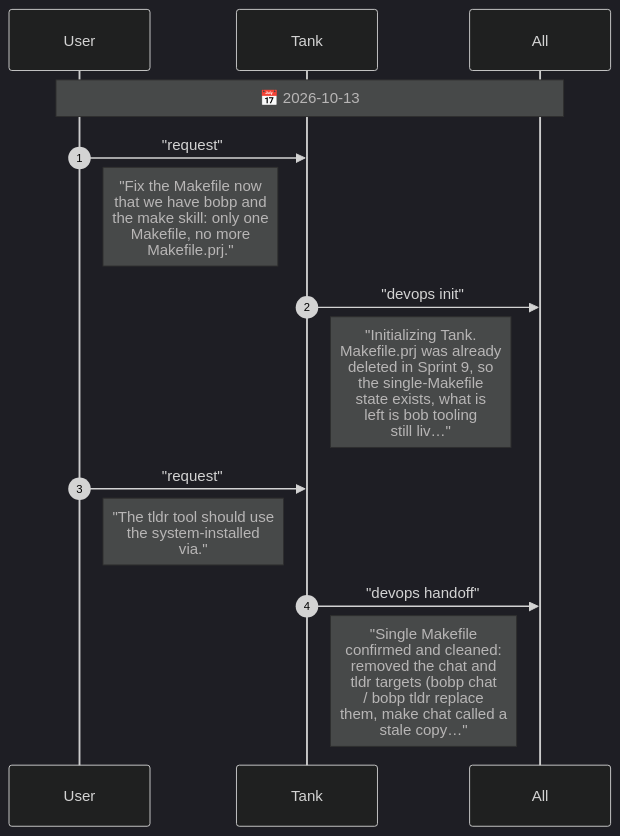
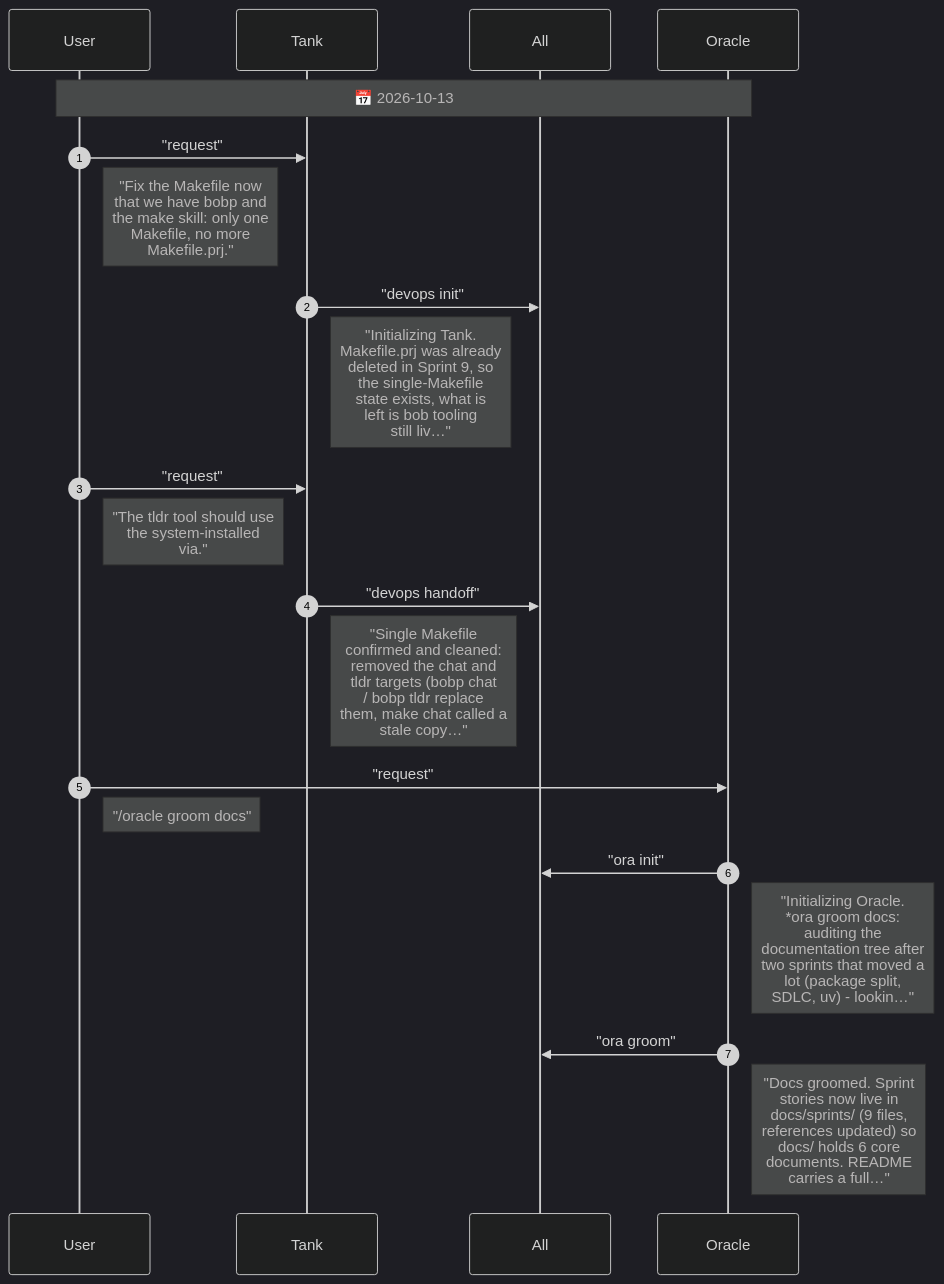
Before and after one commit to drusifer/fingerling: the diagram in agents/CHAT.diagram.md, drawn with Mermaid (dark theme). The commit also changed 33 other files, not shown here.

First line of the commit message:
docs: groom the documentation tree

````diff
--- a/agents/CHAT.diagram.md
+++ b/agents/CHAT.diagram.md
@@ -5,17 +5,24 @@
 ```mermaid
 %%{init: {"sequence": {"messageFontSize": 14, "noteFontSize": 18, "actorFontSize": 14}}}%%
 sequenceDiagram
     autonumber
     participant User
     participant Tank
     participant All
-    Note over User,All: 📅 2026-10-13
+    participant Oracle
+    Note over User,Oracle: 📅 2026-10-13
     User->>Tank: "request"
     Note right of User: "Fix the Makefile now<br/>that we have bobp and<br/>the make skill: only one<br/>Makefile, no more<br/>Makefile.prj."
     Tank->>All: "devops init"
     Note right of Tank: "Initializing Tank.<br/>Makefile.prj was already<br/>deleted in Sprint 9, so<br/>the single-Makefile<br/>state exists, what is<br/>left is bob tooling<br/>still liv…"
     User->>Tank: "request"
     Note right of User: "The tldr tool should use<br/>the system-installed<br/>via."
     Tank->>All: "devops handoff"
     Note right of Tank: "Single Makefile<br/>confirmed and cleaned:<br/>removed the chat and<br/>tldr targets (bobp chat<br/>/ bobp tldr replace<br/>them, make chat called a<br/>stale copy…"
+    User->>Oracle: "request"
+    Note right of User: "/oracle groom docs"
+    Oracle->>All: "ora init"
+    Note right of Oracle: "Initializing Oracle.<br/>*ora groom docs:<br/>auditing the<br/>documentation tree after<br/>two sprints that moved a<br/>lot (package split,<br/>SDLC, uv) - lookin…"
+    Oracle->>All: "ora groom"
+    Note right of Oracle: "Docs groomed. Sprint<br/>stories now live in<br/>docs/sprints/ (9 files,<br/>references updated) so<br/>docs/ holds 6 core<br/>documents. README<br/>carries a full…"
 ```
````
